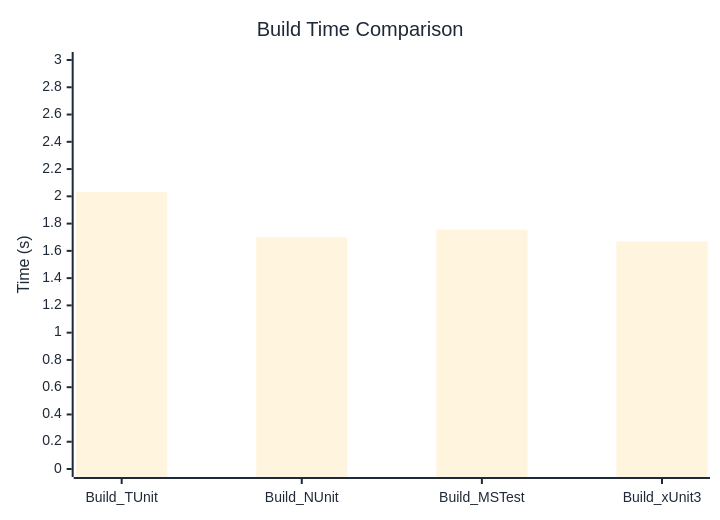
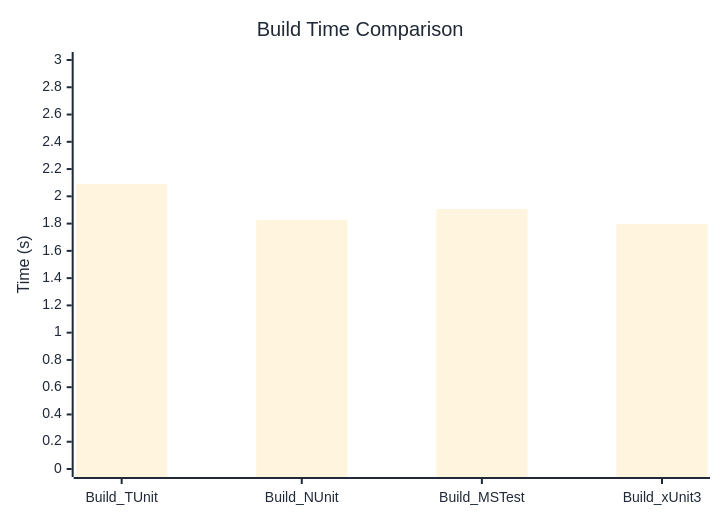
Before and after one commit to thomhurst/TUnit: the diagram in docs/docs/benchmarks/BuildTime.md, drawn with Mermaid. The commit also changed other lines of this file and 37 other files, not shown here.

````diff
--- a/docs/docs/benchmarks/BuildTime.md
+++ b/docs/docs/benchmarks/BuildTime.md
@@ -28,37 +28,37 @@
 ```mermaid
 %%{init: {
   'theme':'base',
   'themeVariables': {
     'primaryColor': '#2563eb',
     'primaryTextColor': '#1f2937',
     'primaryBorderColor': '#1e40af',
     'lineColor': '#6b7280',
     'secondaryColor': '#7c3aed',
     'tertiaryColor': '#dc2626',
     'background': '#ffffff',
     'mainBkg': '#2563eb',
     'secondBkg': '#7c3aed',
     'tertiaryBkg': '#dc2626',
     'clusterBkg': '#f3f4f6',
     'edgeLabelBackground': '#ffffff',
     'tertiaryTextColor': '#1f2937',
     'pie1': '#2563eb',
     'pie2': '#7c3aed',
     'pie3': '#dc2626',
     'pie4': '#f59e0b',
     'pie5': '#10b981',
     'pie6': '#06b6d4',
     'pie7': '#ec4899',
     'pie8': '#6366f1',
     'pie9': '#84cc16',
     'pie10': '#f97316',
     'pie11': '#14b8a6',
     'pie12': '#a855f7'
   }
 }}%%
 xychart-beta
   title "Build Time Comparison"
   x-axis ["Build_TUnit", "Build_NUnit", "Build_MSTest", "Build_xUnit3"]
   y-axis "Time (s)" 0 --> 3
-  bar [2.031, 1.699, 1.756, 1.669]
+  bar [2.091, 1.826, 1.907, 1.797]
 ```
````
